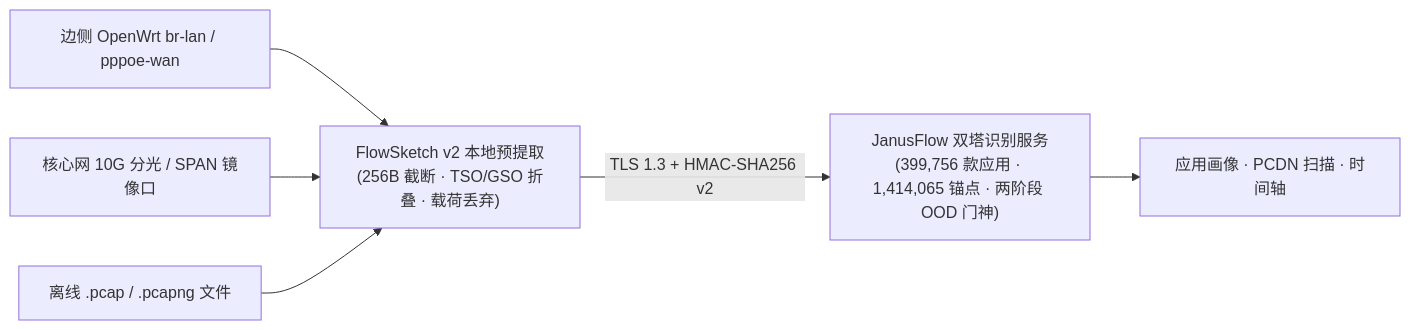
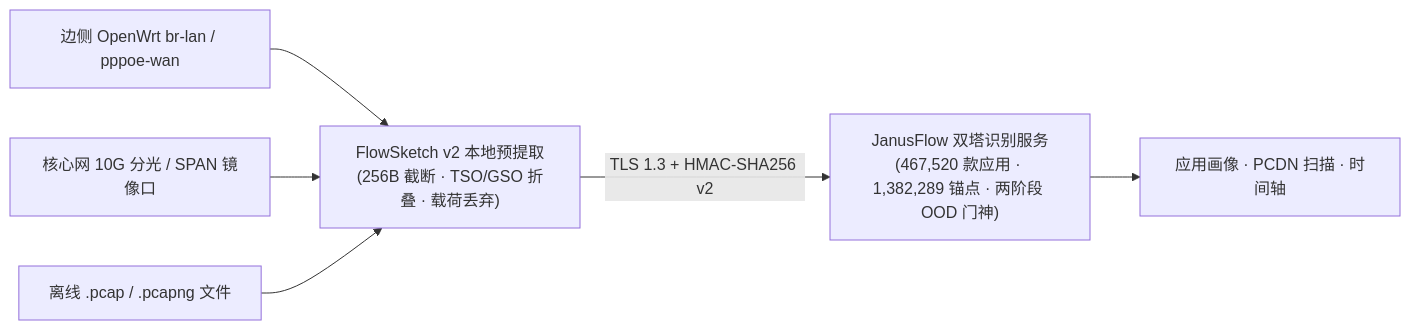
Before and after one commit to 876387/janusflow-probe: the diagram in README.md, drawn with Mermaid. The commit also changed other lines of this file and 5 other files, not shown here.

````diff
--- a/README.md
+++ b/README.md
@@ -28,8 +28,8 @@
 ```mermaid
 flowchart LR
     A["边侧 OpenWrt br-lan / pppoe-wan"] --> C["FlowSketch v2 本地预提取<br/>(256B 截断 · TSO/GSO 折叠 · 载荷丢弃)"]
     B["核心网 10G 分光 / SPAN 镜像口"] --> C
     P["离线 .pcap / .pcapng 文件"] --> C
-    C -->|"TLS 1.3 + HMAC-SHA256 v2"| D["JanusFlow 双塔识别服务<br/>(399,756 款应用 · 1,414,065 锚点 · 两阶段 OOD 门神)"]
+    C -->|"TLS 1.3 + HMAC-SHA256 v2"| D["JanusFlow 双塔识别服务<br/>(467,520 款应用 · 1,382,289 锚点 · 两阶段 OOD 门神)"]
     D --> E["应用画像 · PCDN 扫描 · 时间轴"]
 ```
````
